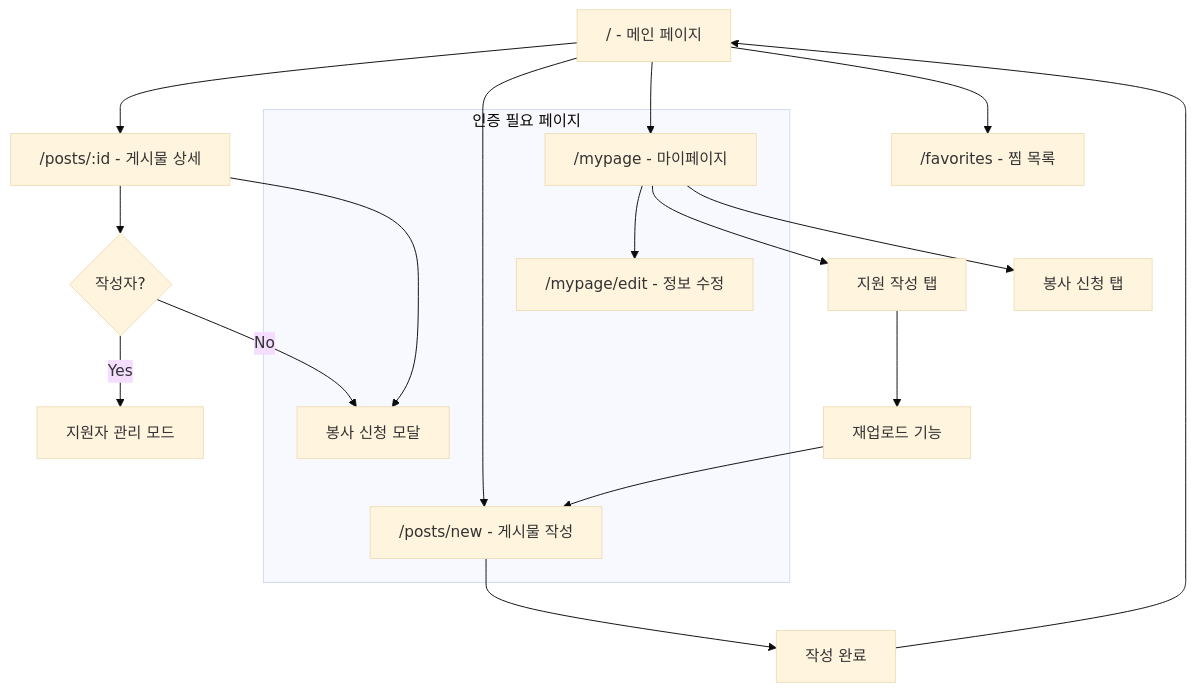
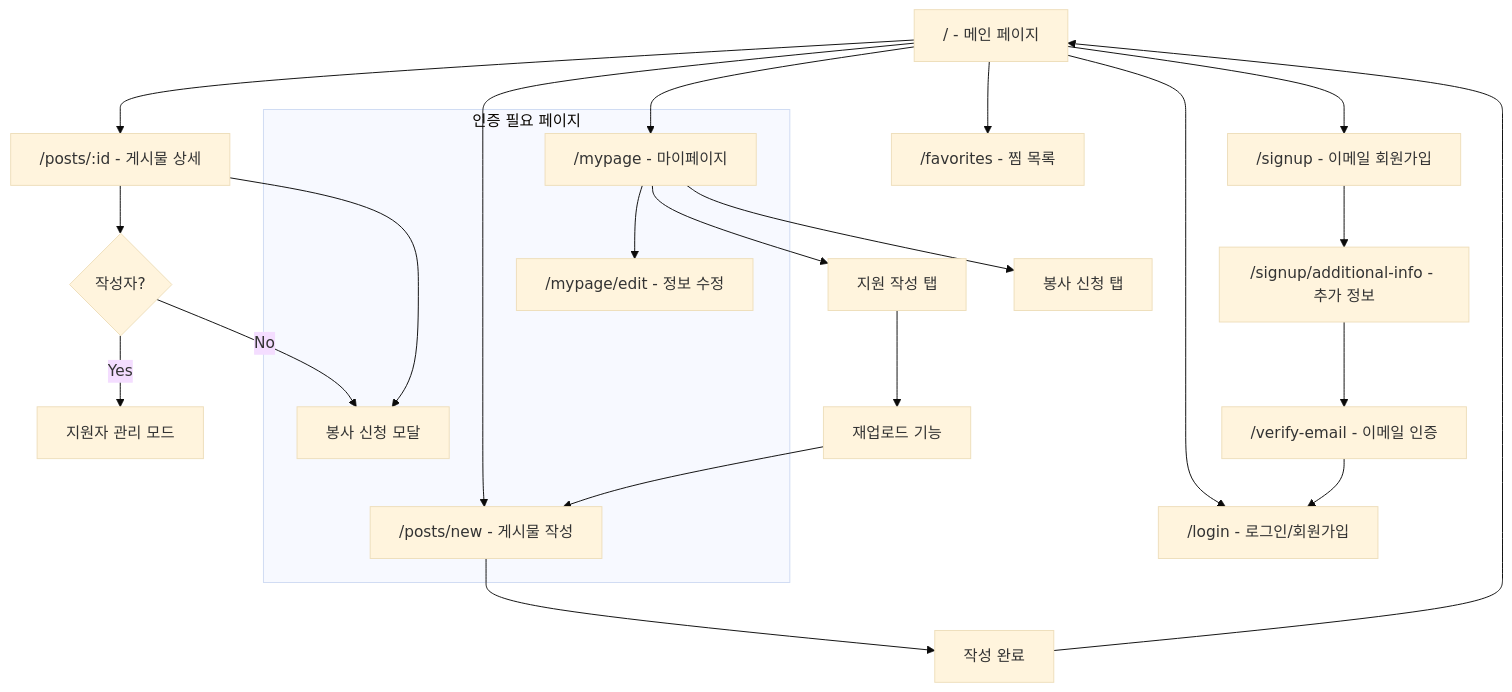
One commit to cheesepizza453/move_togaether changed the seventh of 7 diagrams in docs/references/prd_document.md. Above: the diagram before and after it, drawn with Mermaid (base theme). The commit also changed other lines of this file and 8 other files, not shown here.

Commit message:
이메일 중복 체크 시스템 개선: user_profiles 테이블에 email 컬럼 추가 및 중복 체크 API 개선. 회원가입 플로우에서 이메일 중복 체크 기능 구현, 실시간 검증 및 사용자 경험 향상. 닉네임 중복 체크 정책 추가.

````diff
--- a/docs/references/prd_document.md
+++ b/docs/references/prd_document.md
@@ -787,28 +807,34 @@
 ```mermaid
 graph TD
     A["/ - 메인 페이지"] --> B["/posts/:id - 게시물 상세"]
     A --> C["/posts/new - 게시물 작성"]
     A --> D["/mypage - 마이페이지"]
     A --> E["/favorites - 찜 목록"]
+    A --> F["/login - 로그인/회원가입"]
+    A --> G["/signup - 이메일 회원가입"]
 
-    B --> F["봉사 신청 모달"]
-    B --> G{"작성자?"}
-    G -->|Yes| H["지원자 관리 모드"]
-    G -->|No| F
+    B --> H["봉사 신청 모달"]
+    B --> I{"작성자?"}
+    I -->|Yes| J["지원자 관리 모드"]
+    I -->|No| H
 
-    C --> I["작성 완료"] --> A
+    C --> K["작성 완료"] --> A
 
-    D --> J["/mypage/edit - 정보 수정"]
-    D --> K["지원 작성 탭"]
-    D --> L["봉사 신청 탭"]
+    D --> L["/mypage/edit - 정보 수정"]
+    D --> M["지원 작성 탭"]
+    D --> N["봉사 신청 탭"]
 
-    K --> M["재업로드 기능"]
-    M --> C
+    G --> O["/signup/additional-info - 추가 정보"]
+    O --> P["/verify-email - 이메일 인증"]
+    P --> F
+
+    M --> Q["재업로드 기능"]
+    Q --> C
 
     subgraph "인증 필요 페이지"
         C
         D
-        J
-        F
+        L
+        H
     end
 ```
````
